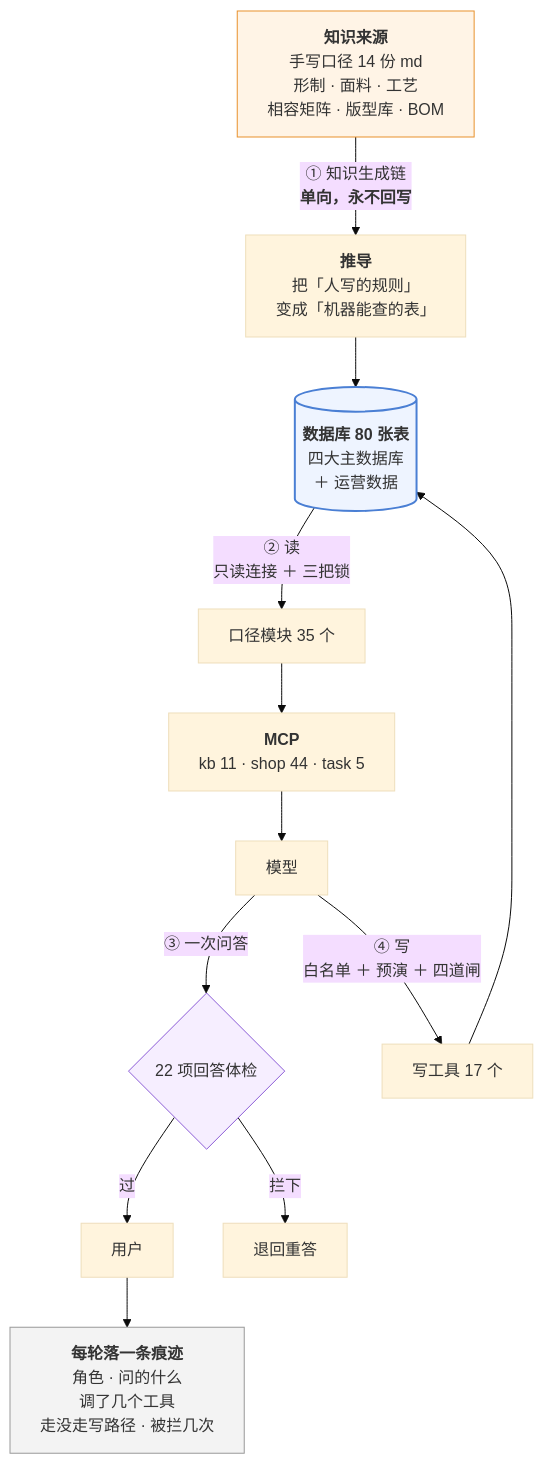
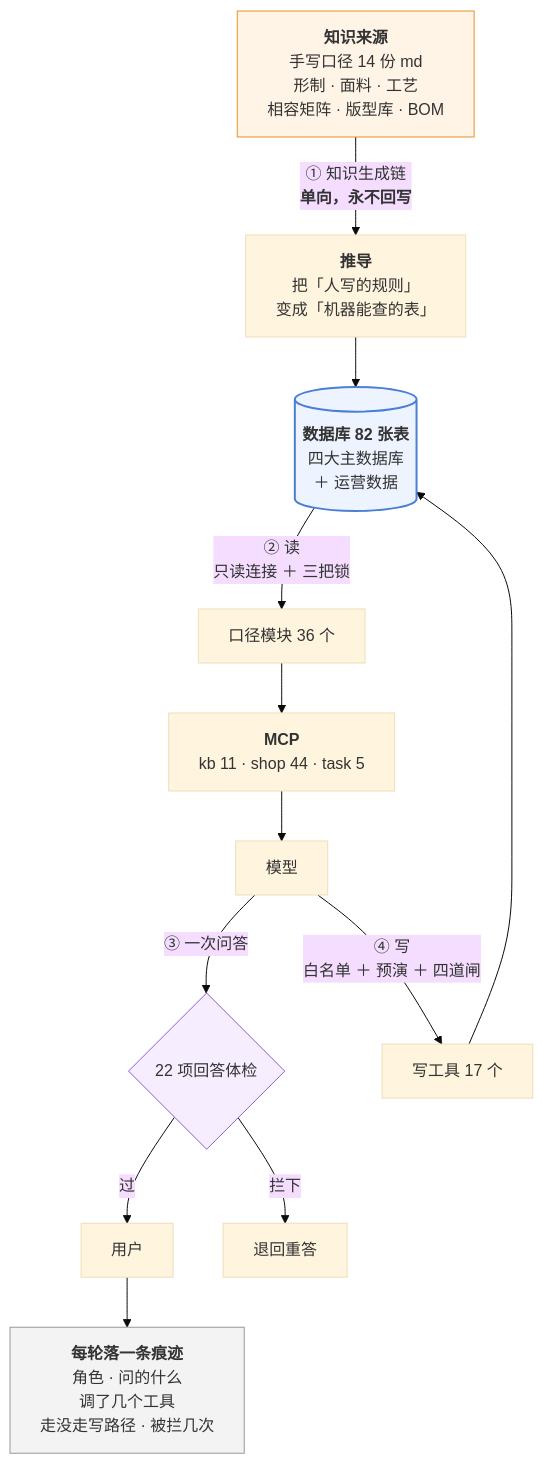
Before and after one commit to 843773296-rgb/lanxiu-yunshang-agent: the third of 3 diagrams in 澜绣云裳agent-产品说明.md, drawn with Mermaid (base theme). The commit also changed other lines of this file and 14 other files, not shown here.

````diff
--- a/澜绣云裳agent-产品说明.md
+++ b/澜绣云裳agent-产品说明.md
@@ -805,24 +805,24 @@
 ```mermaid
 flowchart TD
     MD["<b>知识来源</b><br/>手写口径 14 份 md<br/>形制 · 面料 · 工艺<br/>相容矩阵 · 版型库 · BOM"]
     MD -->|"① 知识生成链<br/><b>单向，永不回写</b>"| DV["<b>推导</b><br/>把「人写的规则」<br/>变成「机器能查的表」"]
-    DV --> DB[("<b>数据库 80 张表</b><br/>四大主数据库<br/>＋ 运营数据")]
+    DV --> DB[("<b>数据库 82 张表</b><br/>四大主数据库<br/>＋ 运营数据")]
 
-    DB -->|"② 读<br/>只读连接 ＋ 三把锁"| KJ["口径模块 35 个"]
+    DB -->|"② 读<br/>只读连接 ＋ 三把锁"| KJ["口径模块 36 个"]
     KJ --> MCP["<b>MCP</b><br/>kb 11 · shop 44 · task 5"]
     MCP --> LLM["模型"]
 
     LLM -->|"③ 一次问答"| GD{"22 项回答体检"}
     GD -- 过 --> U["用户"]
     GD -- 拦下 --> RE["退回重答"]
 
     LLM -->|"④ 写<br/>白名单 ＋ 预演 ＋ 四道闸"| W["写工具 17 个"]
     W --> DB
 
     U --> TR["<b>每轮落一条痕迹</b><br/>角色 · 问的什么<br/>调了几个工具<br/>走没走写路径 · 被拦几次"]
 
     style MD fill:#fff4e6,stroke:#e8912d
     style DB fill:#eef4ff,stroke:#4a7fd4,stroke-width:2px
     style GD fill:#f6eeff,stroke:#8b5cd6
     style TR fill:#f3f3f3,stroke:#999
 ```
````
